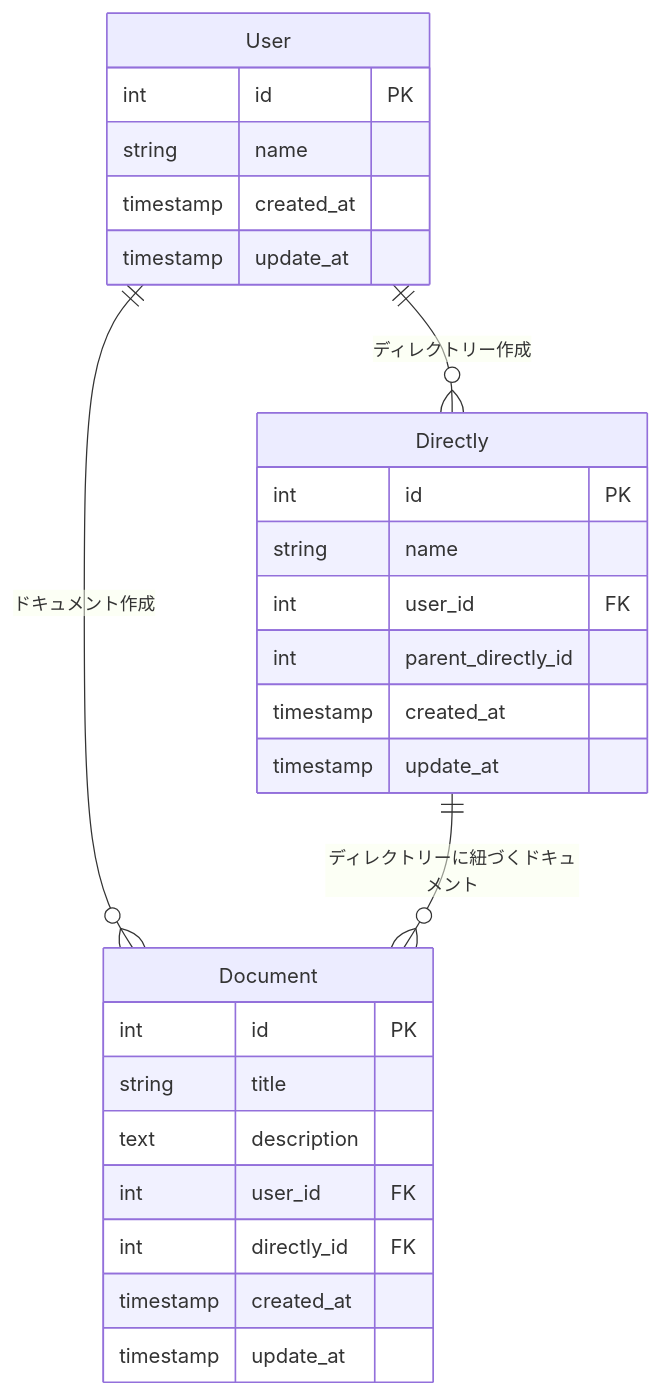
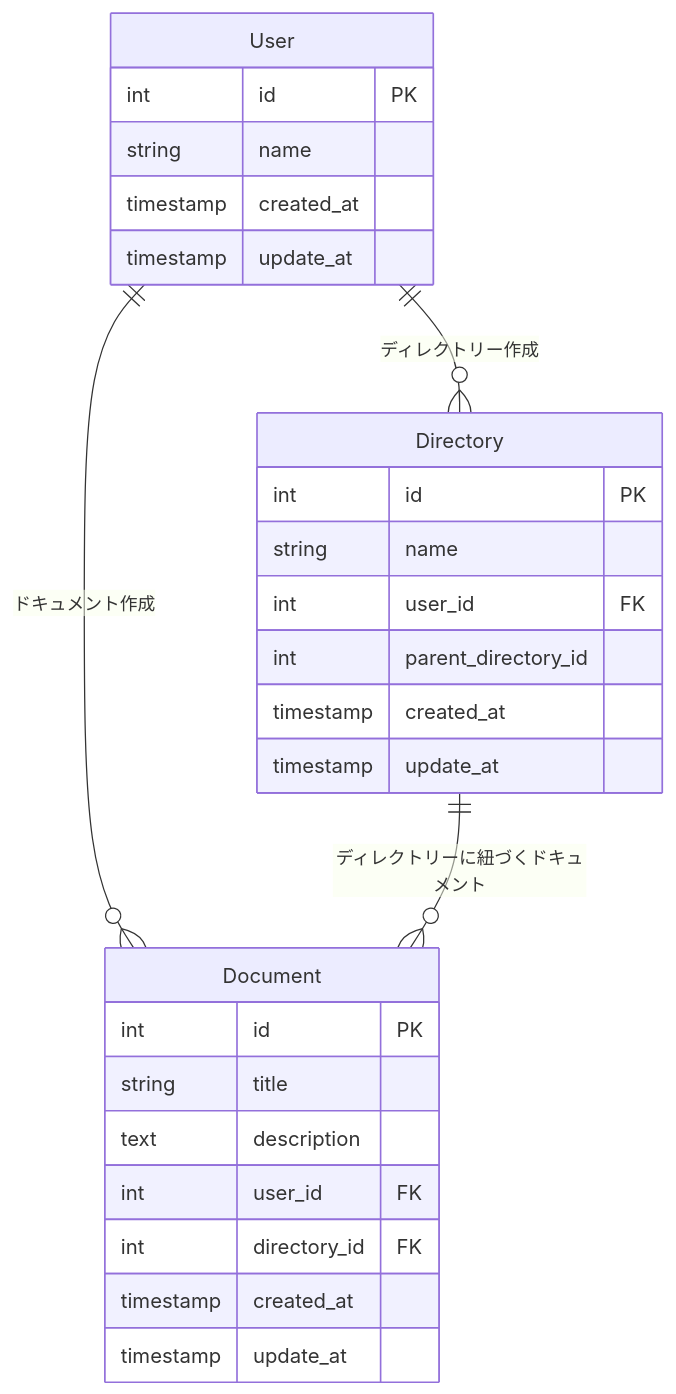
The diagram in Database/03_modeling/課題1.md (daiki-tadokoro/praha-challenge), drawn with Mermaid before and after one commit. The commit also changed other lines of this file, not shown here.

````diff
--- a/Database/03_modeling/課題1.md
+++ b/Database/03_modeling/課題1.md
@@ -21,32 +21,32 @@
 ```mermaid
 erDiagram
-  User ||--o{ Directly : "ディレクトリー作成"
+  User ||--o{ Directory : "ディレクトリー作成"
   User ||--o{ Document : "ドキュメント作成"
-  Directly ||--o{ Document : "ディレクトリーに紐づくドキュメント"
+  Directory ||--o{ Document : "ディレクトリーに紐づくドキュメント"
 
   User {
   int id PK
   string name
   timestamp created_at
   timestamp update_at
   }
 
-  Directly {
+  Directory {
   int id PK
   string name
   int user_id FK
-  int parent_directly_id
+  int parent_directory_id
   timestamp created_at
   timestamp update_at
   }
 
   Document {
   int id PK
   string title
   text description
   int user_id FK
-  int directly_id FK
+  int directory_id FK
   timestamp created_at
   timestamp update_at
   }
 ```
````
